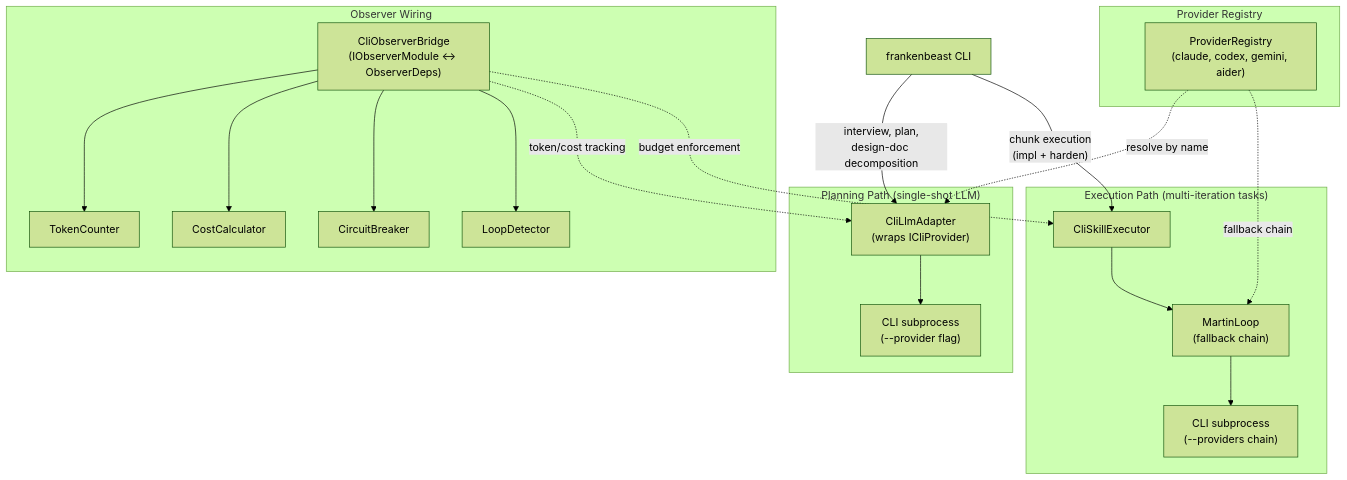
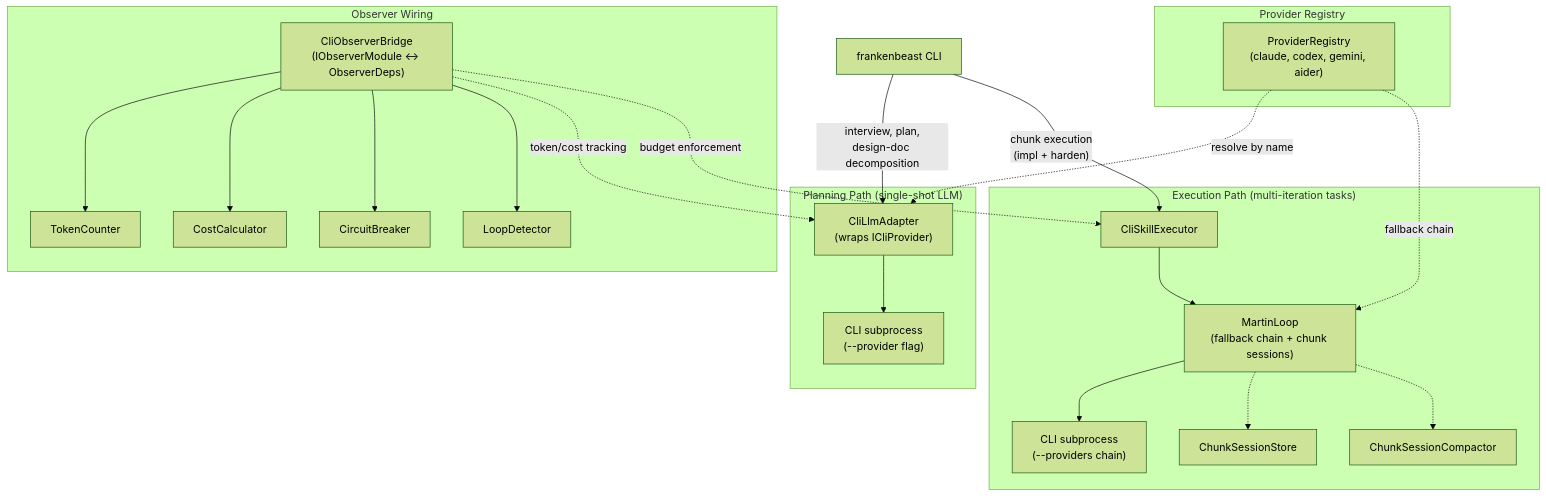
Before and after one commit to djm204/frankenbeast: the second of 7 diagrams in docs/ARCHITECTURE.md, drawn with Mermaid (forest theme). The commit also changed other lines of this file and 2 other files, not shown here.

Commit message:
docs(orchestrator): document chunk session execution model

````diff
--- a/docs/ARCHITECTURE.md
+++ b/docs/ARCHITECTURE.md
@@ -124,40 +129,44 @@
 ```mermaid
 flowchart TD
     CLI["frankenbeast CLI"]
 
     subgraph "Provider Registry"
         PR["ProviderRegistry<br/>(claude, codex, gemini, aider)"]
     end
 
     subgraph "Planning Path (single-shot LLM)"
         CLA["CliLlmAdapter<br/>(wraps ICliProvider)"]
         CP["CLI subprocess<br/>(--provider flag)"]
         CLA --> CP
     end
 
     subgraph "Execution Path (multi-iteration tasks)"
         CSE["CliSkillExecutor"]
-        RL["MartinLoop<br/>(fallback chain)"]
+        RL["MartinLoop<br/>(fallback chain + chunk sessions)"]
         CLI2["CLI subprocess<br/>(--providers chain)"]
+        CSS["ChunkSessionStore"]
+        CSC["ChunkSessionCompactor"]
         CSE --> RL --> CLI2
+        RL -.-> CSS
+        RL -.-> CSC
     end
 
     subgraph "Observer Wiring"
         COB["CliObserverBridge<br/>(IObserverModule ↔ ObserverDeps)"]
         TC["TokenCounter"]
         CC["CostCalculator"]
         CB["CircuitBreaker"]
         LD["LoopDetector"]
         COB --> TC
         COB --> CC
         COB --> CB
         COB --> LD
     end
 
     CLI -->|"interview, plan,<br/>design-doc decomposition"| CLA
     CLI -->|"chunk execution<br/>(impl + harden)"| CSE
     PR -.->|"resolve by name"| CLA
     PR -.->|"fallback chain"| RL
     COB -.->|"token/cost tracking"| CLA
     COB -.->|"budget enforcement"| CSE
 ```
````
